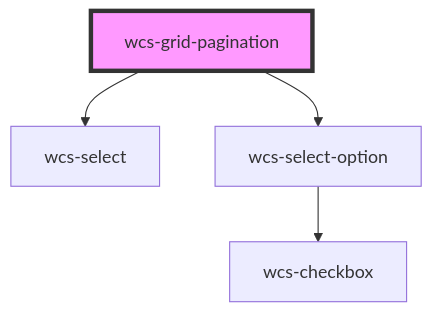
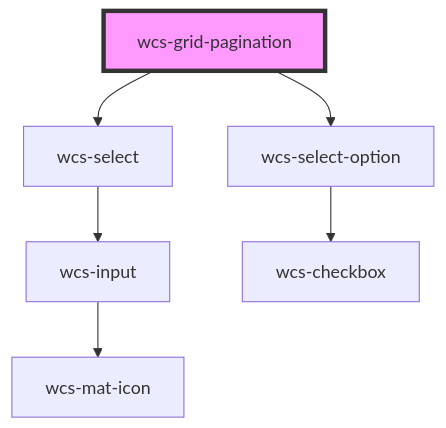
Before and after one commit to SNCFdevelopers/wcs: the diagram in src/components/grid-pagination/readme.md, drawn with Mermaid. The commit also changed 21 other files, not shown here.

````diff
--- a/src/components/grid-pagination/readme.md
+++ b/src/components/grid-pagination/readme.md
@@ -38,7 +38,9 @@
 ```mermaid
 graph TD;
   wcs-grid-pagination --> wcs-select
   wcs-grid-pagination --> wcs-select-option
+  wcs-select --> wcs-input
+  wcs-input --> wcs-mat-icon
   wcs-select-option --> wcs-checkbox
   style wcs-grid-pagination fill:#f9f,stroke:#333,stroke-width:4px
 ```
````
